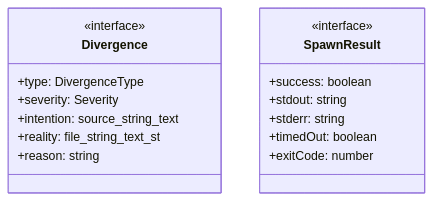
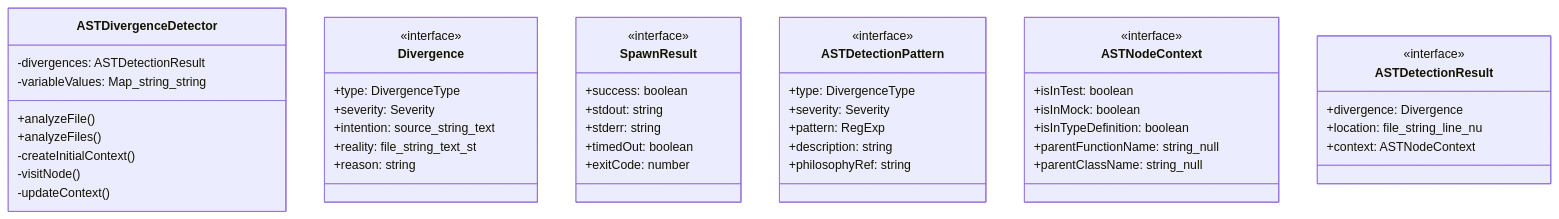
The sixth of 7 diagrams in ABDD/.pi/extensions/abdd.md (Mekann2904/mekann), drawn with Mermaid before and after one commit. The commit also changed other lines of this file and 257 other files, not shown here.

````diff
--- a/ABDD/.pi/extensions/abdd.md
+++ b/ABDD/.pi/extensions/abdd.md
@@ -209,19 +217,50 @@
 ```mermaid
 classDiagram
+  class ASTDivergenceDetector {
+    -divergences: ASTDetectionResult
+    -variableValues: Map_string_string
+    +analyzeFile()
+    +analyzeFiles()
+    -createInitialContext()
+    -visitNode()
+    -updateContext()
+  }
   class Divergence {
     <<interface>>
     +type: DivergenceType
     +severity: Severity
     +intention: source_string_text
     +reality: file_string_text_st
     +reason: string
   }
   class SpawnResult {
     <<interface>>
     +success: boolean
     +stdout: string
     +stderr: string
     +timedOut: boolean
     +exitCode: number
   }
+  class ASTDetectionPattern {
+    <<interface>>
+    +type: DivergenceType
+    +severity: Severity
+    +pattern: RegExp
+    +description: string
+    +philosophyRef: string
+  }
+  class ASTNodeContext {
+    <<interface>>
+    +isInTest: boolean
+    +isInMock: boolean
+    +isInTypeDefinition: boolean
+    +parentFunctionName: string_null
+    +parentClassName: string_null
+  }
+  class ASTDetectionResult {
+    <<interface>>
+    +divergence: Divergence
+    +location: file_string_line_nu
+    +context: ASTNodeContext
+  }
 ```
````
